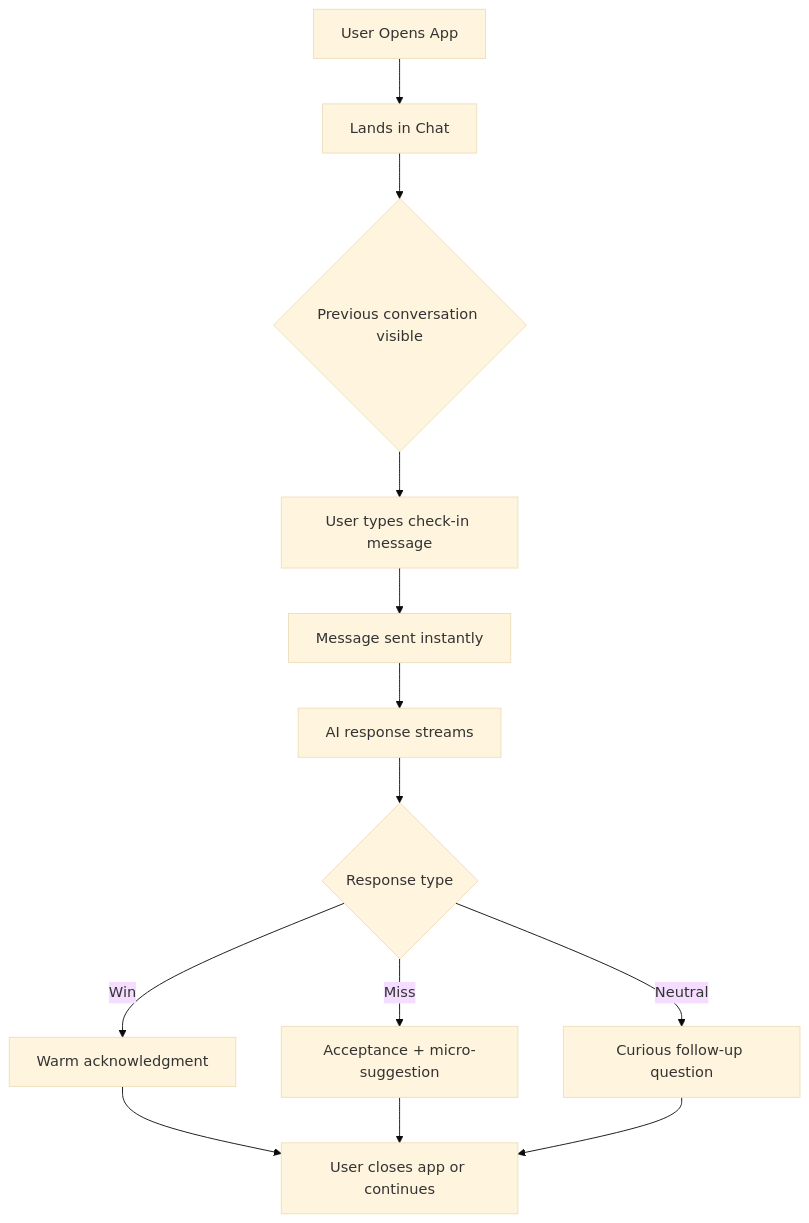
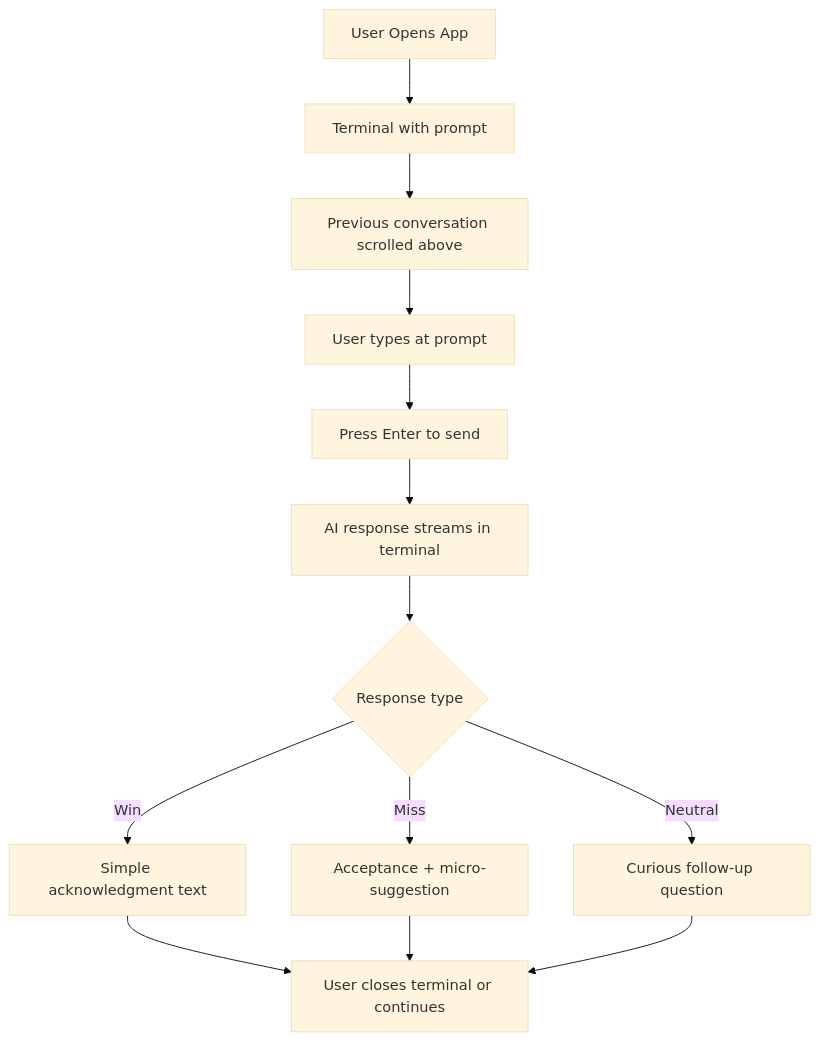
The second of 4 diagrams in _bmad-output/planning-artifacts/ux-design-specification.md (justinfinch-copoint/resolution-tracker), drawn with Mermaid (base theme) before and after one commit. The commit also changed other lines of this file and 4 other files, not shown here.

````diff
--- a/_bmad-output/planning-artifacts/ux-design-specification.md
+++ b/_bmad-output/planning-artifacts/ux-design-specification.md
@@ -641,15 +683,15 @@
 ```mermaid
 flowchart TD
-    A[User Opens App] --> B[Lands in Chat]
-    B --> C{Previous conversation visible}
-    C --> D[User types check-in message]
-    D --> E[Message sent instantly]
-    E --> F[AI response streams]
+    A[User Opens App] --> B[Terminal with prompt]
+    B --> C[Previous conversation scrolled above]
+    C --> D[User types at prompt]
+    D --> E[Press Enter to send]
+    E --> F[AI response streams in terminal]
     F --> G{Response type}
-    G -->|Win| H[Warm acknowledgment]
+    G -->|Win| H[Simple acknowledgment text]
     G -->|Miss| I[Acceptance + micro-suggestion]
     G -->|Neutral| J[Curious follow-up question]
-    H --> K[User closes app or continues]
+    H --> K[User closes terminal or continues]
     I --> K
     J --> K
 ```
````
